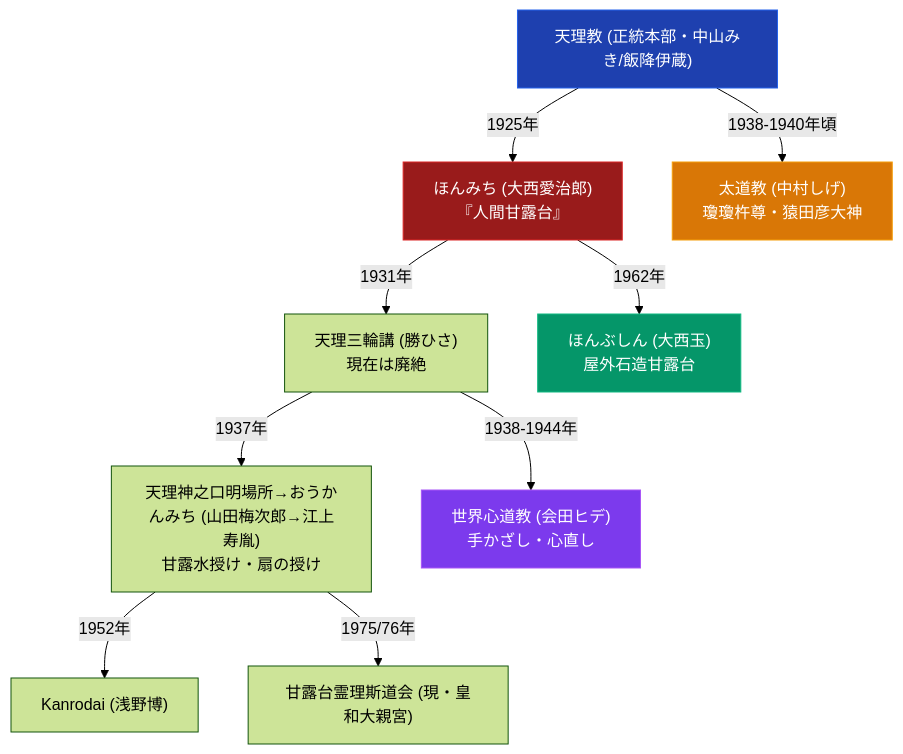
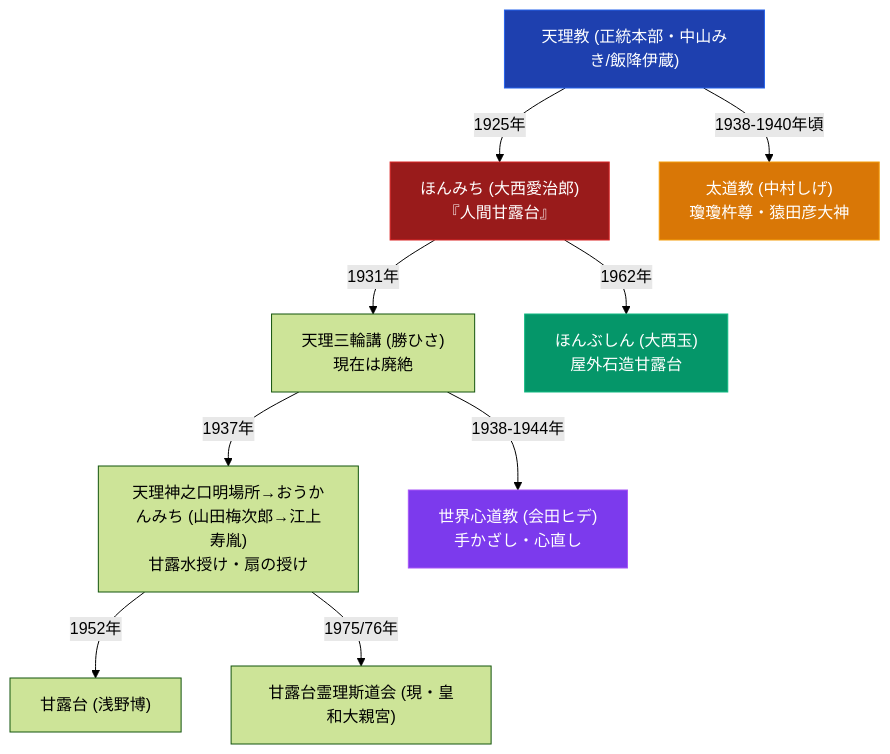
One commit to iida-masashi/religion-garden changed the diagram in content/07_分派・異端研究/08_比較・史論・ハブ/天理教系諸派の教義比較マトリクス.md. Above: the diagram before and after it, drawn with Mermaid (forest theme). The commit also changed 8 other files, not shown here.

````diff
--- a/content/07_分派・異端研究/08_比較・史論・ハブ/天理教系諸派の教義比較マトリクス.md
+++ b/content/07_分派・異端研究/08_比較・史論・ハブ/天理教系諸派の教義比較マトリクス.md
@@ -22,17 +22,17 @@
 ```mermaid
 graph TD
     T["天理教 (正統本部・中山みき/飯降伊蔵)"] -->|1925年| H["ほんみち (大西愛治郎)<br>『人間甘露台』"]
     T -->|1938-1940年頃| TD["太道教 (中村しげ)<br>瓊瓊杵尊・猿田彦大神"]
     H -->|1931年| MK["天理三輪講 (勝ひさ)<br>現在は廃絶"]
     MK -->|1937年| OK["天理神之口明場所→おうかんみち (山田梅次郎→江上寿胤)<br>甘露水授け・扇の授け"]
     MK -->|1938-1944年| SD["世界心道教 (会田ヒデ)<br>手かざし・心直し"]
     H -->|1962年| HB["ほんぶしん (大西玉)<br>屋外石造甘露台"]
-    OK -->|1952年| KD["Kanrodai (浅野博)"]
+    OK -->|1952年| KD["甘露台 (浅野博)"]
     OK -->|1975/76年| KR["甘露台霊理斯道会 (現・皇和大親宮)"]
 
     style T fill:#1e40af,stroke:#2563eb,color:#fff
     style H fill:#991b1b,stroke:#dc2626,color:#fff
     style HB fill:#059669,stroke:#10b981,color:#fff
     style SD fill:#7c3aed,stroke:#a855f7,color:#fff
     style TD fill:#d97706,stroke:#f59e0b,color:#fff
 ```
````
